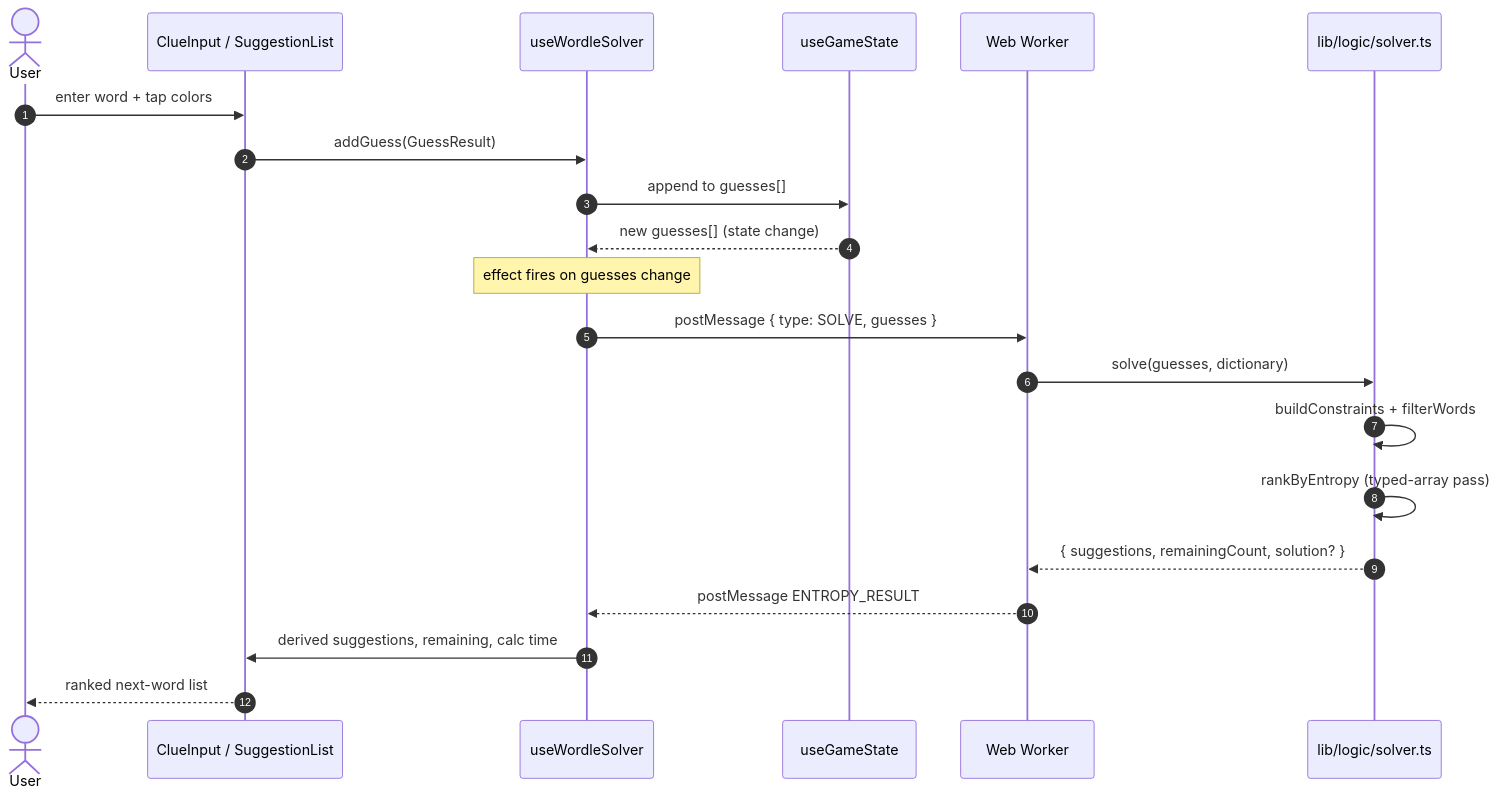
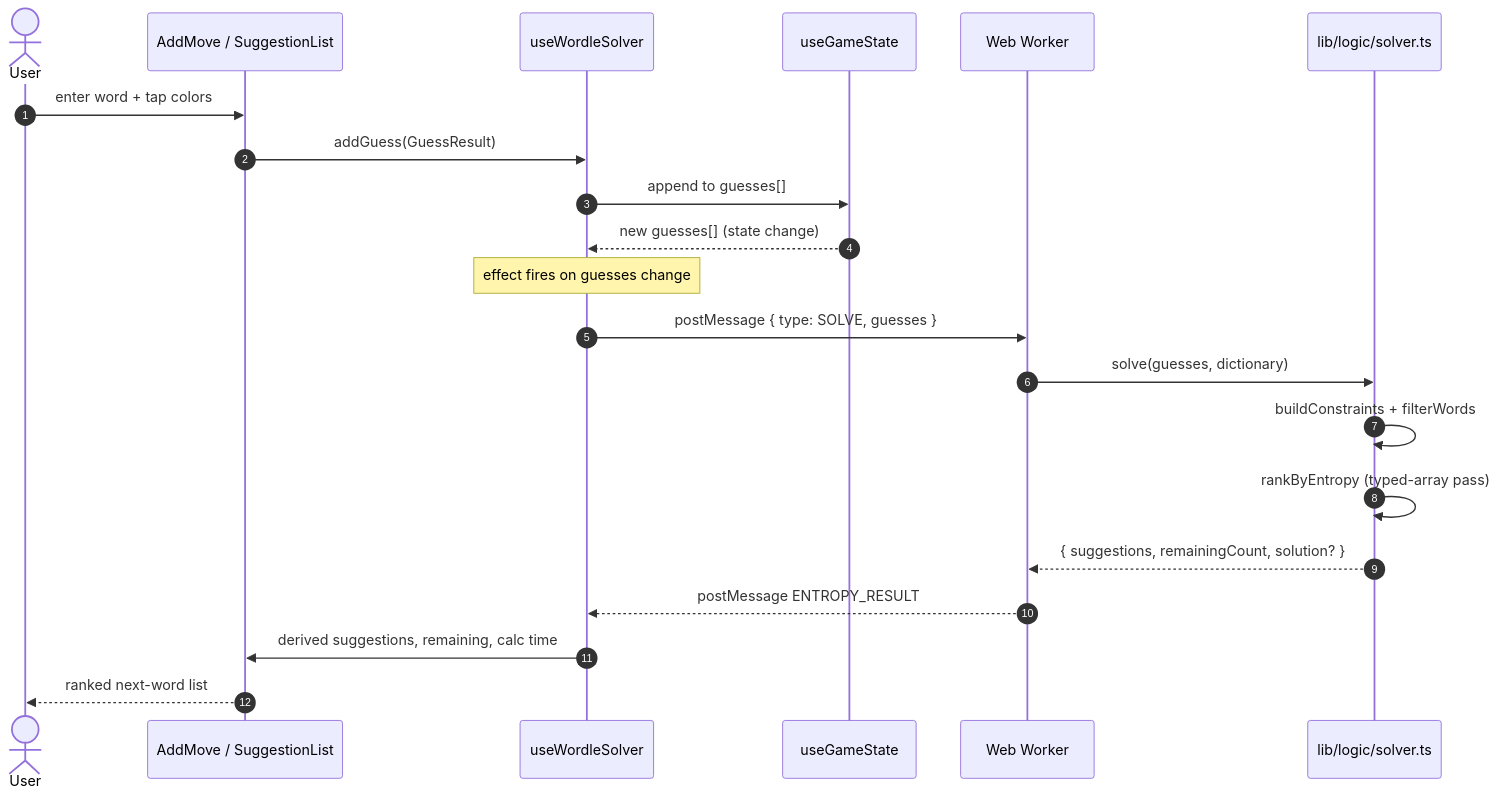
One commit to P4ST4S/next-wordle-bot changed the second of 2 diagrams in docs/ARCHITECTURE.md. Above: the diagram before and after it, drawn with Mermaid. The commit also changed other lines of this file and 1 other file, not shown here.

Commit message:
fix: update UI terminology for clarity in README and architecture documentation

````diff
--- a/docs/ARCHITECTURE.md
+++ b/docs/ARCHITECTURE.md
@@ -110,24 +110,24 @@
 ```mermaid
 sequenceDiagram
     autonumber
     actor User
-    participant UI as ClueInput / SuggestionList
+    participant UI as AddMove / SuggestionList
     participant Hook as useWordleSolver
     participant Game as useGameState
     participant Worker as Web Worker
     participant Solver as lib/logic/solver.ts
 
     User->>UI: enter word + tap colors
     UI->>Hook: addGuess(GuessResult)
     Hook->>Game: append to guesses[]
     Game-->>Hook: new guesses[] (state change)
     Note over Hook: effect fires on guesses change
     Hook->>Worker: postMessage { type: SOLVE, guesses }
     Worker->>Solver: solve(guesses, dictionary)
     Solver->>Solver: buildConstraints + filterWords
     Solver->>Solver: rankByEntropy (typed-array pass)
     Solver-->>Worker: { suggestions, remainingCount, solution? }
     Worker-->>Hook: postMessage ENTROPY_RESULT
     Hook->>UI: derived suggestions, remaining, calc time
     UI-->>User: ranked next-word list
 ```
````
